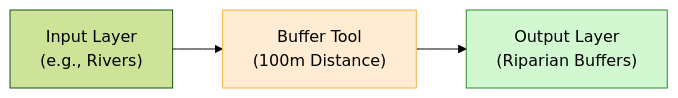
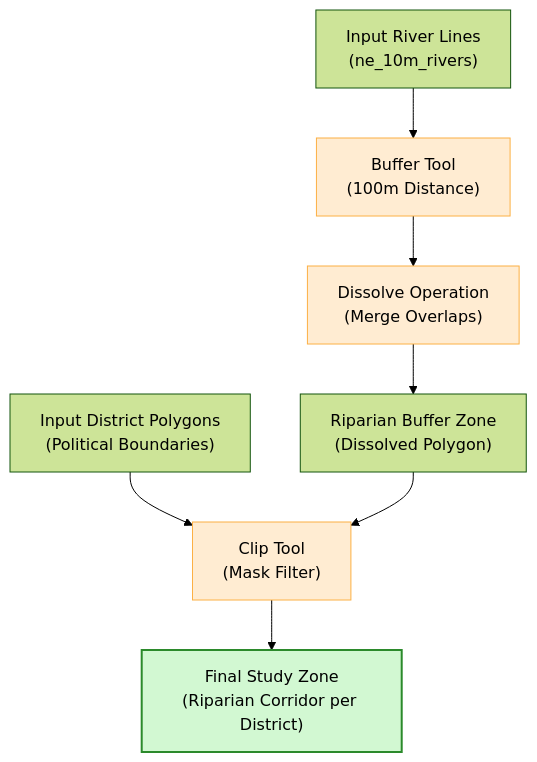
The diagram in docs/day3/04_vector_geoprocessing.md (Rotten-Grapes-Pvt-Ltd/QGIS-WECS), drawn with Mermaid (forest theme) before and after one commit. The commit also changed other lines of this file and 48 other files, not shown here.

````diff
--- a/docs/day3/04_vector_geoprocessing.md
+++ b/docs/day3/04_vector_geoprocessing.md
@@ -21,8 +72,16 @@
 ```mermaid
-graph LR
-    In["Input Layer<br/>(e.g., Rivers)"] --> Buf["Buffer Tool<br/>(100m Distance)"]
-    Buf --> Out["Output Layer<br/>(Riparian Buffers)"]
+graph TD
+    In_R["Input River Lines<br/>(ne_10m_rivers)"] --> Buf["Buffer Tool<br/>(100m Distance)"]
+    Buf --> Diss["Dissolve Operation<br/>(Merge Overlaps)"]
+    Diss --> Out_B["Riparian Buffer Zone<br/>(Dissolved Polygon)"]
     
-    style Buf fill:#ffecd2,stroke:#fcb045
-    style Out fill:#d2f8d2,stroke:#2b8a2b
+    In_D["Input District Polygons<br/>(Political Boundaries)"] --> Clip["Clip Tool<br/>(Mask Filter)"]
+    Out_B --> Clip
+    
+    Clip --> Out_C["Final Study Zone<br/>(Riparian Corridor per District)"]
+    
+    style Buf fill:#ffecd2,stroke:#fcb045,stroke-width:1px
+    style Diss fill:#ffecd2,stroke:#fcb045,stroke-width:1px
+    style Clip fill:#ffecd2,stroke:#fcb045,stroke-width:1px
+    style Out_C fill:#d2f8d2,stroke:#2b8a2b,stroke-width:2px
 ```
````
